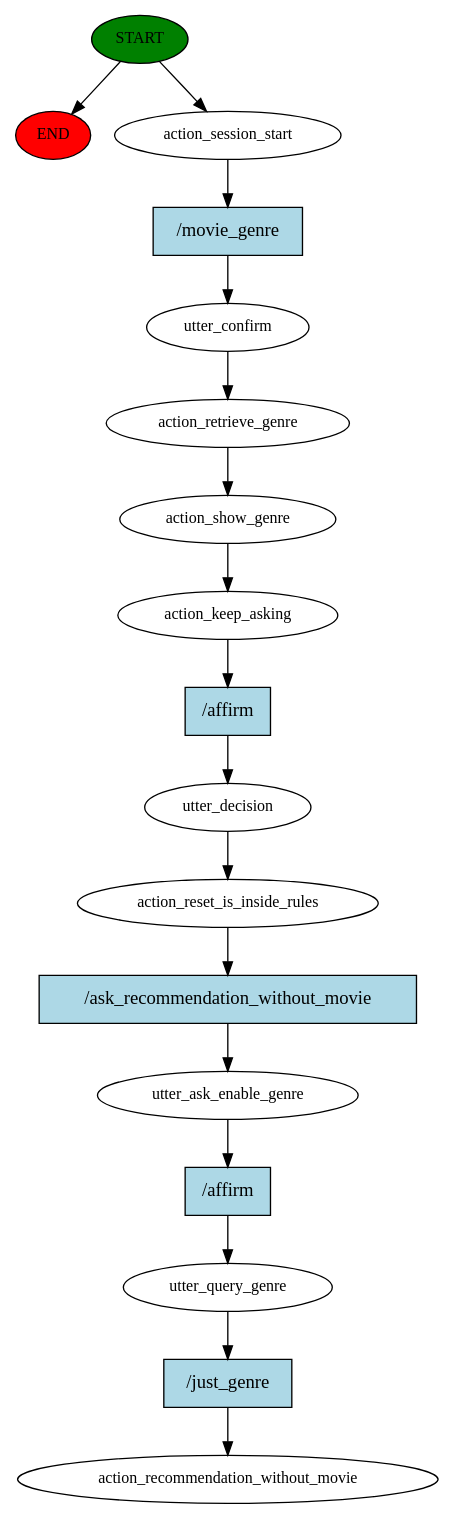
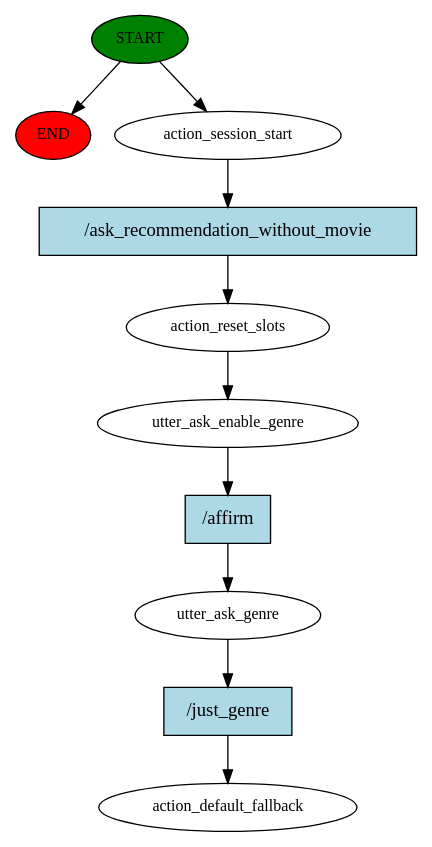
The diagram in story_graph.dot (Bru0x11/Human_Machine_Dialogue-Rasa), drawn with Graphviz before and after one commit. The commit also changed 630 other files, not shown here.

```diff
--- a/story_graph.dot
+++ b/story_graph.dot
@@ -1,35 +1,21 @@
 digraph  {
 0 [class="start active", fillcolor=green, fontsize=12, label=START, style=filled];
 "-1" [class=end, fillcolor=red, fontsize=12, label=END, style=filled];
 1 [class=active, fontsize=12, label=action_session_start];
-2 [class=active, fontsize=12, label=utter_confirm];
-3 [class=active, fontsize=12, label=action_retrieve_genre];
-4 [class=active, fontsize=12, label=action_show_genre];
-5 [class=active, fontsize=12, label=action_keep_asking];
-6 [class=active, fontsize=12, label=utter_decision];
-7 [class=active, fontsize=12, label=action_reset_is_inside_rules];
-8 [class=active, fontsize=12, label=utter_ask_enable_genre];
-9 [class=active, fontsize=12, label=utter_query_genre];
-10 [class="dashed active", fontsize=12, label=action_recommendation_without_movie];
-11 [class="intent active", fillcolor=lightblue, label="/movie_genre", shape=rect, style=filled];
-12 [class="intent active", fillcolor=lightblue, label="/affirm", shape=rect, style=filled];
-13 [class="intent active", fillcolor=lightblue, label="/ask_recommendation_without_movie", shape=rect, style=filled];
-14 [class="intent active", fillcolor=lightblue, label="/affirm", shape=rect, style=filled];
-15 [class="intent active", fillcolor=lightblue, label="/just_genre", shape=rect, style=filled];
+2 [class=active, fontsize=12, label=action_reset_slots];
+3 [class=active, fontsize=12, label=utter_ask_enable_genre];
+4 [class=active, fontsize=12, label=utter_ask_genre];
+5 [class="dashed active", fontsize=12, label=action_default_fallback];
+6 [class="intent active", fillcolor=lightblue, label="/ask_recommendation_without_movie", shape=rect, style=filled];
+7 [class="intent active", fillcolor=lightblue, label="/affirm", shape=rect, style=filled];
+8 [class="intent active", fillcolor=lightblue, label="/just_genre", shape=rect, style=filled];
 0 -> "-1"  [class="", key=NONE, label=""];
 0 -> 1  [class=active, key=NONE, label=""];
-1 -> 11  [class=active, key=0];
+1 -> 6  [class=active, key=0];
 2 -> 3  [class=active, key=NONE, label=""];
-3 -> 4  [class=active, key=NONE, label=""];
-4 -> 5  [class=active, key=NONE, label=""];
-5 -> 12  [class=active, key=0];
-6 -> 7  [class=active, key=NONE, label=""];
-7 -> 13  [class=active, key=0];
-8 -> 14  [class=active, key=0];
-9 -> 15  [class=active, key=0];
-11 -> 2  [class=active, key=0];
-12 -> 6  [class=active, key=0];
-13 -> 8  [class=active, key=0];
-14 -> 9  [class=active, key=0];
-15 -> 10  [class=active, key=0];
+3 -> 7  [class=active, key=0];
+4 -> 8  [class=active, key=0];
+6 -> 2  [class=active, key=0];
+7 -> 4  [class=active, key=0];
+8 -> 5  [class=active, key=0];
 }
```
